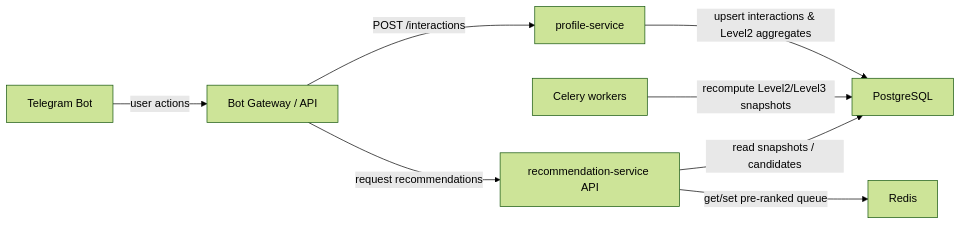
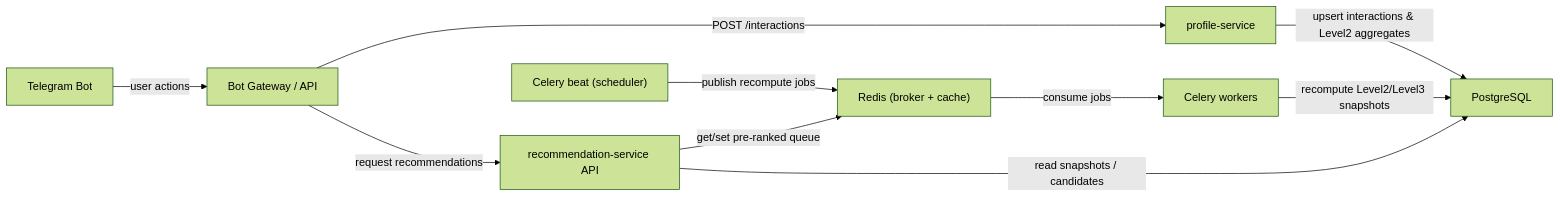
The diagram in README.md (D4non/K0709-23-3-Pisarev), drawn with Mermaid (forest theme) before and after one commit.

````diff
--- a/README.md
+++ b/README.md
@@ -48,12 +48,14 @@
 ```mermaid
 flowchart LR
   TgBot["Telegram Bot"] -->|user actions| BotGateway["Bot Gateway / API"]
   BotGateway -->|POST /interactions| ProfileService["profile-service"]
   ProfileService -->|upsert interactions & Level2 aggregates| Postgres["PostgreSQL"]
 
-  CeleryWorkers["Celery workers"] -->|recompute Level2/Level3 snapshots| Postgres
+  CeleryBeat["Celery beat (scheduler)"] -->|publish recompute jobs| Redis["Redis (broker + cache)"]
+  Redis -->|consume jobs| CeleryWorkers["Celery workers"]
+  CeleryWorkers -->|recompute Level2/Level3 snapshots| Postgres
 
   BotGateway -->|request recommendations| RecoAPI["recommendation-service API"]
   RecoAPI -->|read snapshots / candidates| Postgres
-  RecoAPI -->|get/set pre-ranked queue| Redis["Redis"]
+  RecoAPI -->|get/set pre-ranked queue| Redis
 ```
````
